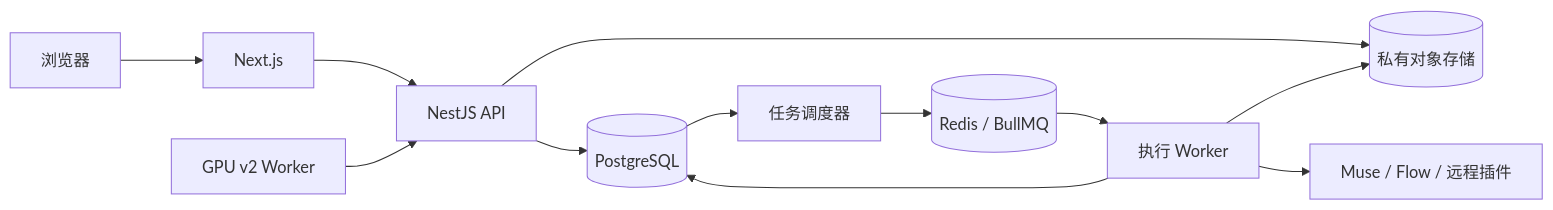
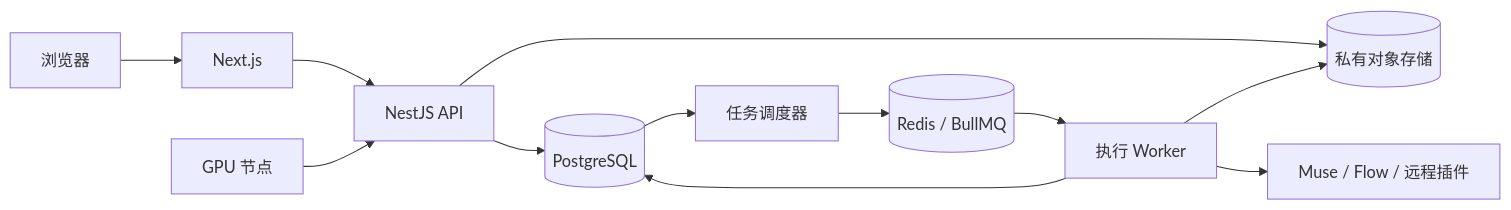
One commit to ninjaz0/fumiao changed the diagram in docs/OPERATIONS.md. Above: the diagram before and after it, drawn with Mermaid. The commit also changed other lines of this file and 55 other files, not shown here.

````diff
--- a/docs/OPERATIONS.md
+++ b/docs/OPERATIONS.md
@@ -5,14 +5,14 @@
 ```mermaid
 flowchart LR
  B[浏览器] --> W[Next.js]
  W --> A[NestJS API]
  A --> P[(PostgreSQL)]
  A --> S[(私有对象存储)]
  P --> D[任务调度器]
  D --> R[(Redis / BullMQ)]
  R --> E[执行 Worker]
  E --> P
  E --> S
  E --> M[Muse / Flow / 远程插件]
- G[GPU v2 Worker] --> A
+ G[GPU 节点] --> A
 ```
````
